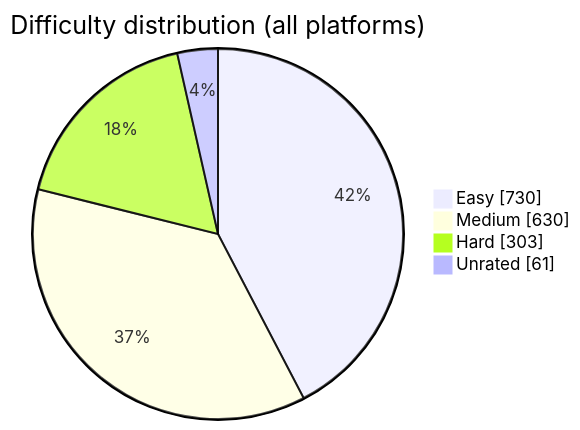
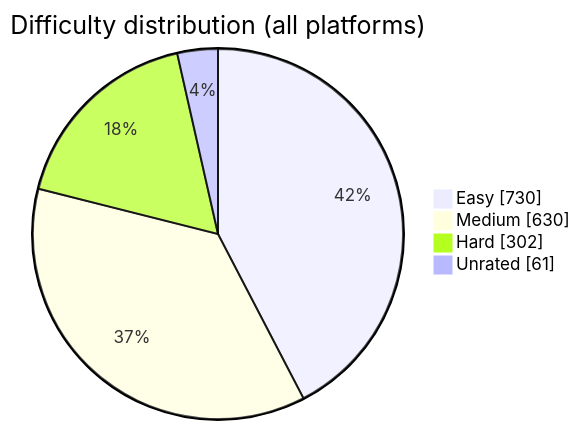
Before and after one commit to BuildbyArindam/Daily-Coding-Log: the diagram in README.md, drawn with Mermaid. The commit also changed other lines of this file, not shown here.

````diff
--- a/README.md
+++ b/README.md
@@ -93,7 +93,7 @@
 ```mermaid
 pie showData title Difficulty distribution (all platforms)
     "Easy" : 730
     "Medium" : 630
-    "Hard" : 303
+    "Hard" : 302
     "Unrated" : 61
 ```
````
